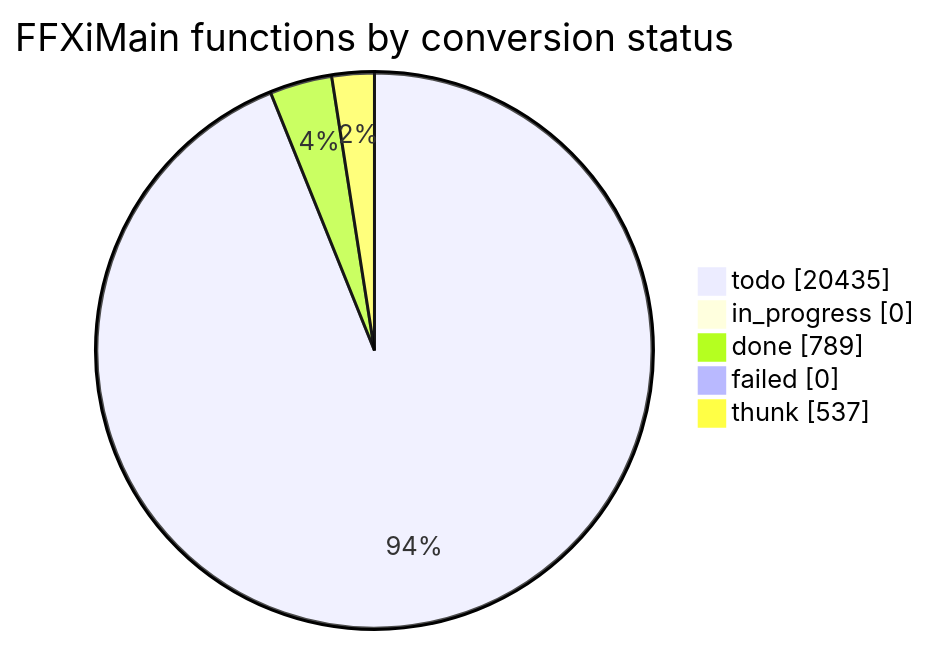
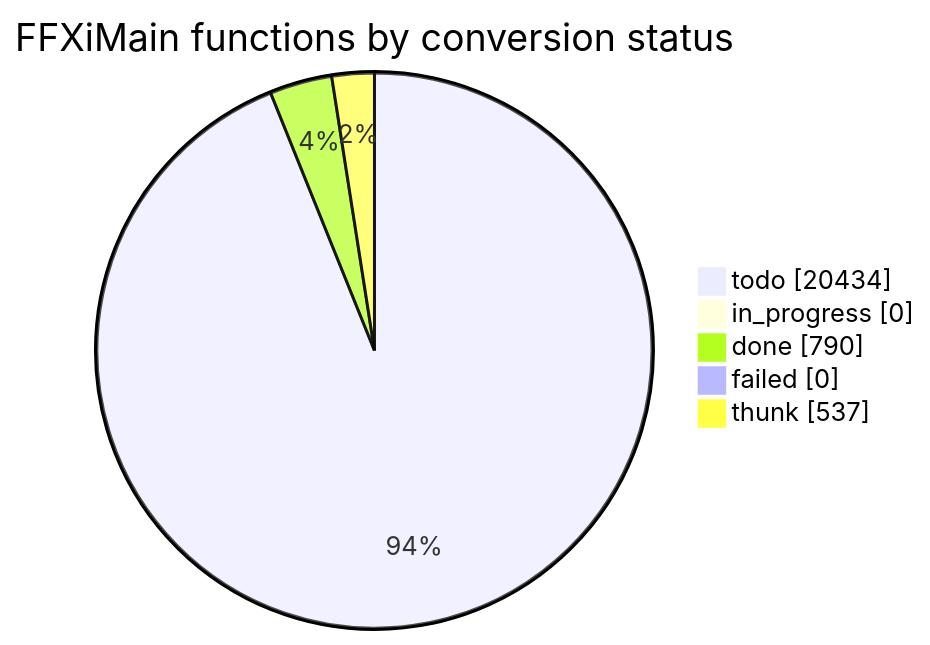
One commit to cowrevenge/cow_kuluu_xi_anything changed the diagram in docs/cow/STATUS.md. Above: the diagram before and after it, drawn with Mermaid. The commit also changed other lines of this file and 9 other files, not shown here.

````diff
--- a/docs/cow/STATUS.md
+++ b/docs/cow/STATUS.md
@@ -18,9 +18,9 @@
 ```mermaid
 pie showData
     title FFXiMain functions by conversion status
-    "todo" : 20435
+    "todo" : 20434
     "in_progress" : 0
-    "done" : 789
+    "done" : 790
     "failed" : 0
     "thunk" : 537
 ```
````
